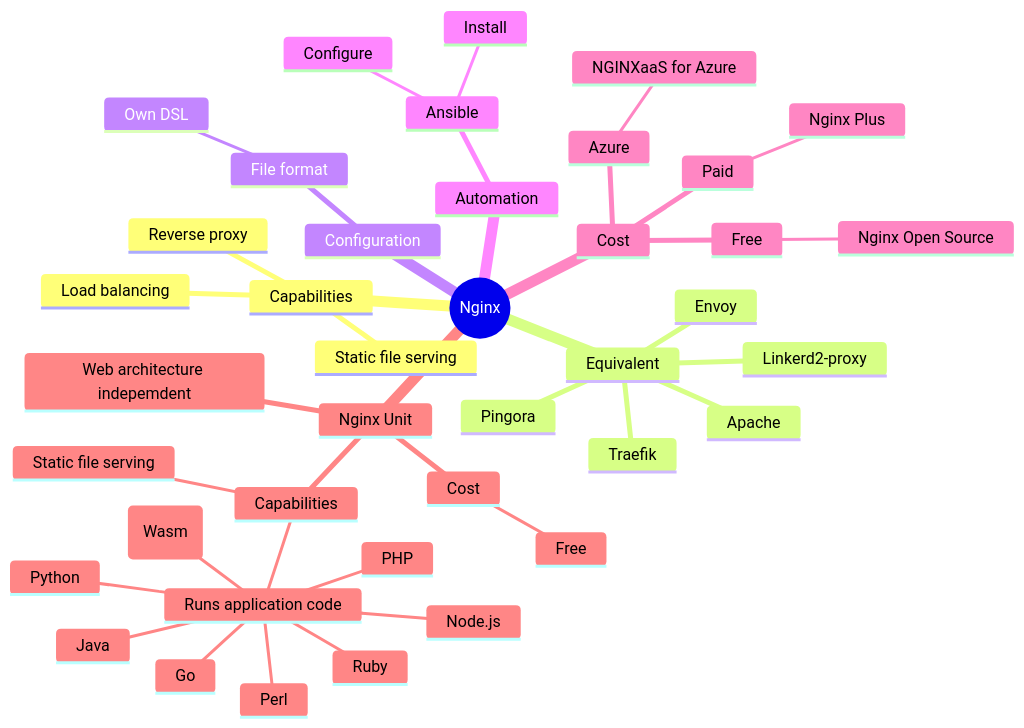
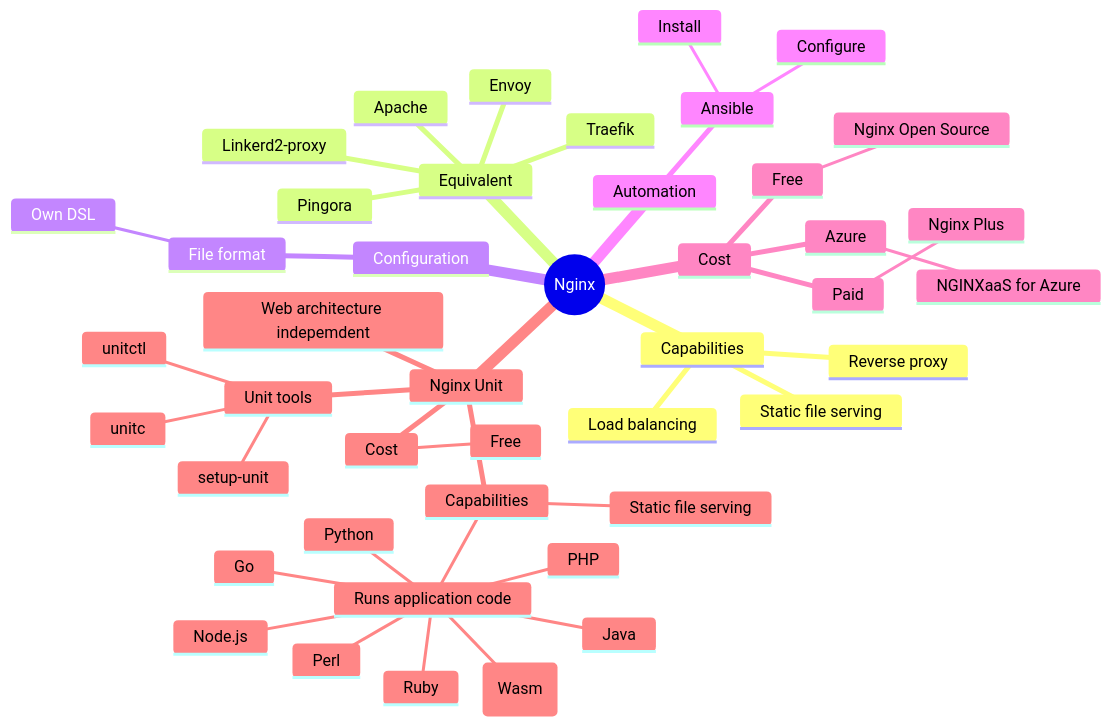
One commit to xdvarpunen/nginx-adventure changed the diagram in README.md. Above: the diagram before and after it, drawn with Mermaid.

````diff
--- a/README.md
+++ b/README.md
@@ -5,43 +5,47 @@
 ```mermaid
 mindmap
   root((Nginx))
     Capabilities
       Load balancing
       Reverse proxy
       Static file serving
     Equivalent
       Apache
       Pingora
       Envoy
       Linkerd2-proxy
       Traefik
     Configuration
       File format
         Own DSL
     Automation
       Ansible
         Install
         Configure
     Cost
       Free
         Nginx Open Source
       Paid
         Nginx Plus
       Azure
         NGINXaaS for Azure
     Nginx Unit
       Cost
         Free
       Capabilities
         Static file serving
         Runs application code
           Go
           Java
           Node.js
           Perl
           PHP
           Python
           Ruby
           WebAssembly (Wasm)
       Web architecture indepemdent
+      Unit tools
+        setup-unit
+        unitc
+        unitctl
 ```
````
